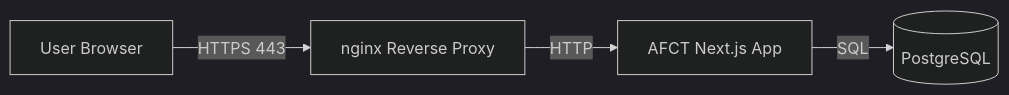
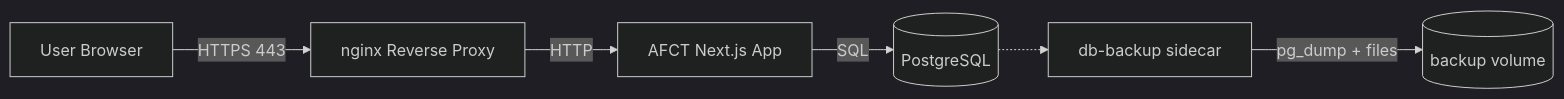
The diagram in docs/setup/production.md (PennStateCS/AFCT), drawn with Mermaid (dark theme) before and after one commit. The commit also changed other lines of this file, not shown here.

````diff
--- a/docs/setup/production.md
+++ b/docs/setup/production.md
@@ -214,7 +245,9 @@
 ```mermaid
 graph LR
     User[User Browser]
     User -->|HTTPS 443| Nginx[nginx Reverse Proxy]
     Nginx -->|HTTP| App[AFCT Next.js App]
     App -->|SQL| DB[(PostgreSQL)]
+    Backup[db-backup sidecar] -->|pg_dump + files| Vol[(backup volume)]
+    DB -.-> Backup
 ```
````
